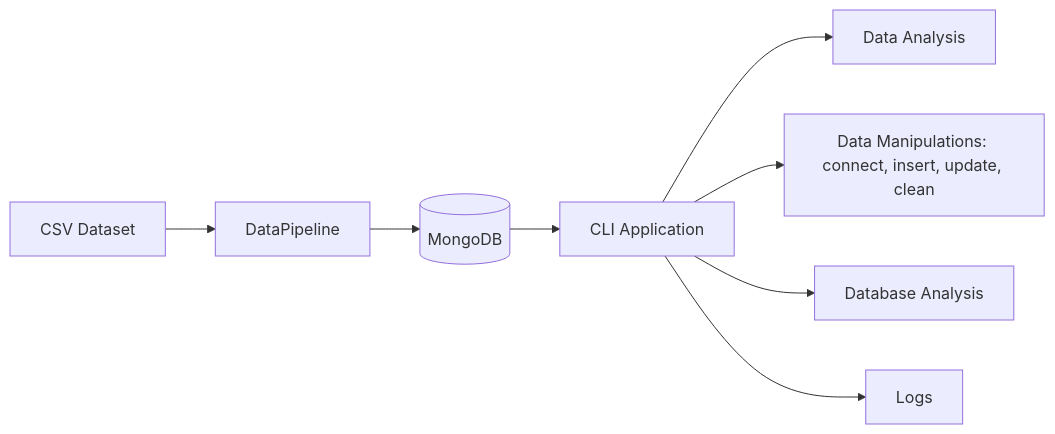
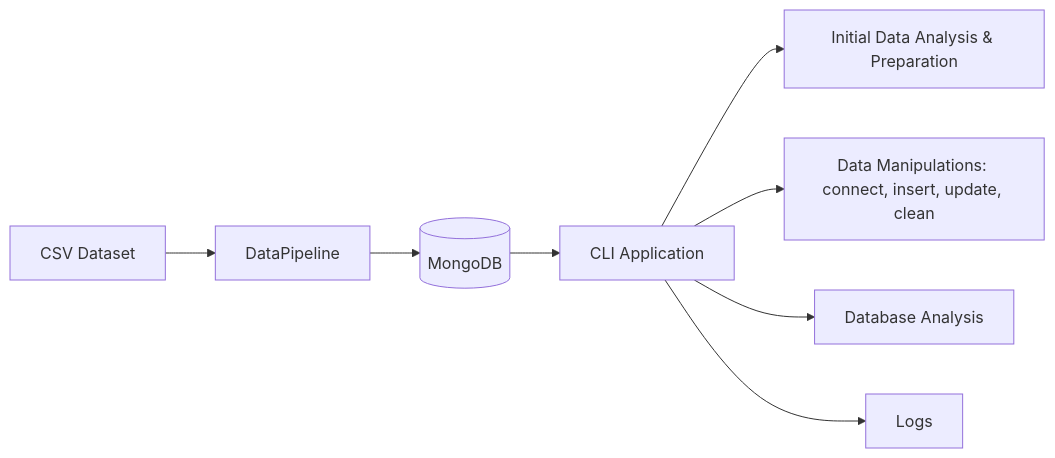
Before and after one commit to tipofyzik/mongodb_for_storing_sensor_data: the diagram in README.md, drawn with Mermaid.

````diff
--- a/README.md
+++ b/README.md
@@ -14,12 +14,12 @@
 ```mermaid
 flowchart LR
 
 A[CSV Dataset] --> B[DataPipeline]
 B --> C[(MongoDB)]
 C --> D[CLI Application]
 
-D --> E[Data Analysis]
+D --> E[Initial Data Analysis & Preparation]
 D --> F[Data Manipulations: connect, insert, update, clean]
 D --> G[Database Analysis]
 D --> H[Logs]
 ```
````
